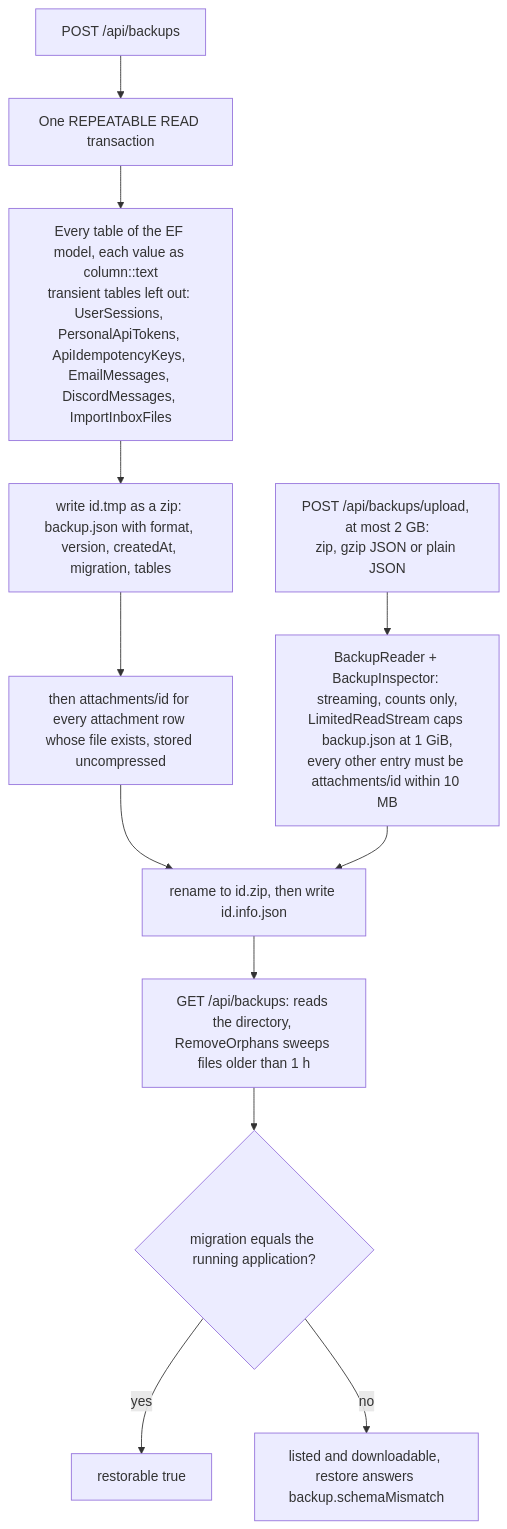
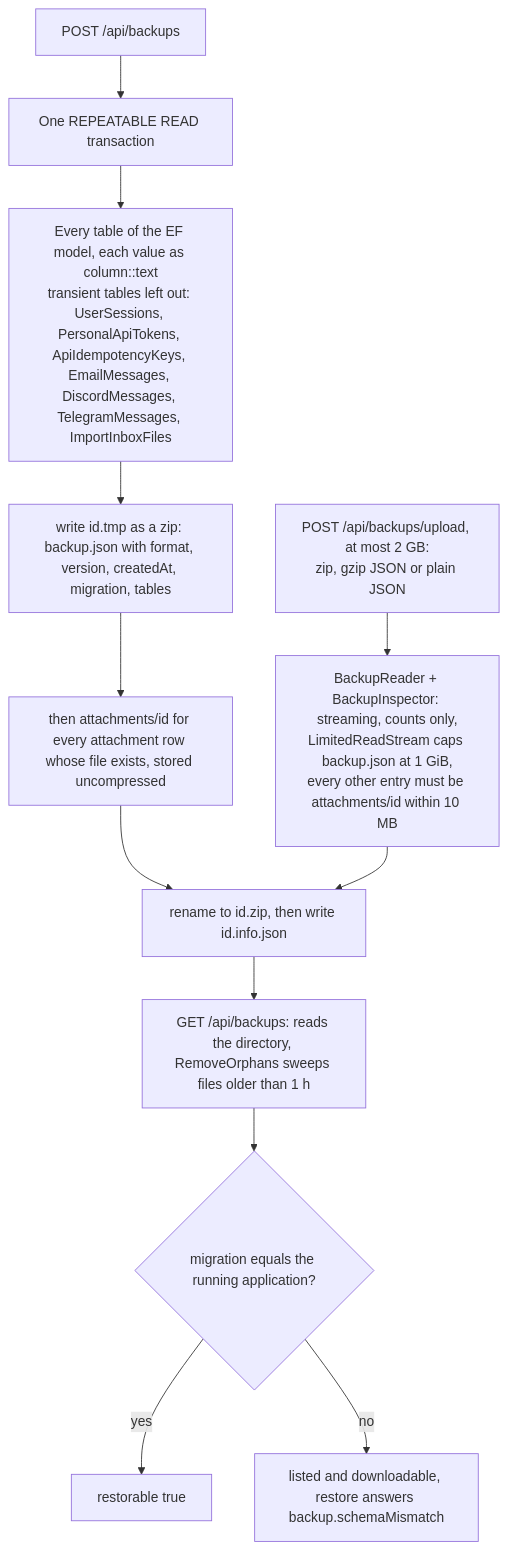
One commit to Justxs/Jx-Finance changed the first of 2 diagrams in docs/features/backup-and-restore.md. Above: the diagram before and after it, drawn with Mermaid. The commit also changed other lines of this file and 159 other files, not shown here.

````diff
--- a/docs/features/backup-and-restore.md
+++ b/docs/features/backup-and-restore.md
@@ -19,14 +19,14 @@
 ```mermaid
 flowchart TD
     Take["POST /api/backups"] --> Snap["One REPEATABLE READ transaction"]
-    Snap --> Tables["Every table of the EF model, each value as column::text<br/>transient tables left out: UserSessions, PersonalApiTokens, ApiIdempotencyKeys, EmailMessages, DiscordMessages, ImportInboxFiles"]
+    Snap --> Tables["Every table of the EF model, each value as column::text<br/>transient tables left out: UserSessions, PersonalApiTokens, ApiIdempotencyKeys, EmailMessages, DiscordMessages, TelegramMessages, ImportInboxFiles"]
     Tables --> Tmp["write id.tmp as a zip: backup.json with format, version, createdAt, migration, tables"]
     Tmp --> Files["then attachments/id for every attachment row whose file exists, stored uncompressed"]
     Files --> Rename["rename to id.zip, then write id.info.json"]
     Upload["POST /api/backups/upload, at most 2 GB:<br/>zip, gzip JSON or plain JSON"] --> Inspect["BackupReader + BackupInspector: streaming, counts only,<br/>LimitedReadStream caps backup.json at 1 GiB,<br/>every other entry must be attachments/id within 10 MB"]
     Inspect --> Rename
     Rename --> List["GET /api/backups: reads the directory, RemoveOrphans sweeps files older than 1 h"]
     List --> Flag{"migration equals the running application?"}
     Flag -->|"yes"| Restorable["restorable true"]
     Flag -->|"no"| NotRestorable["listed and downloadable, restore answers backup.schemaMismatch"]
 ```
````
